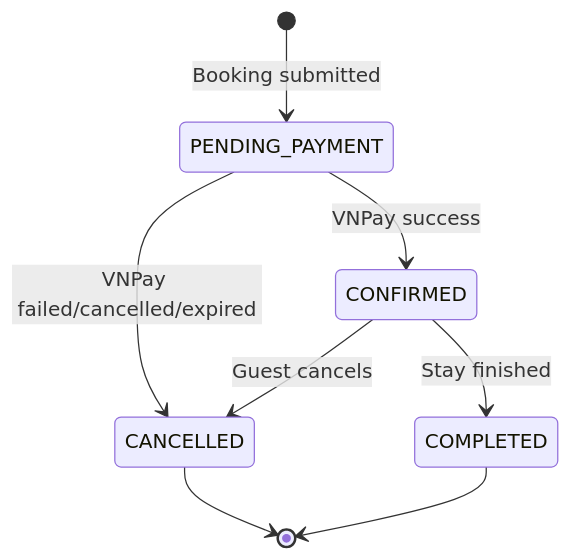
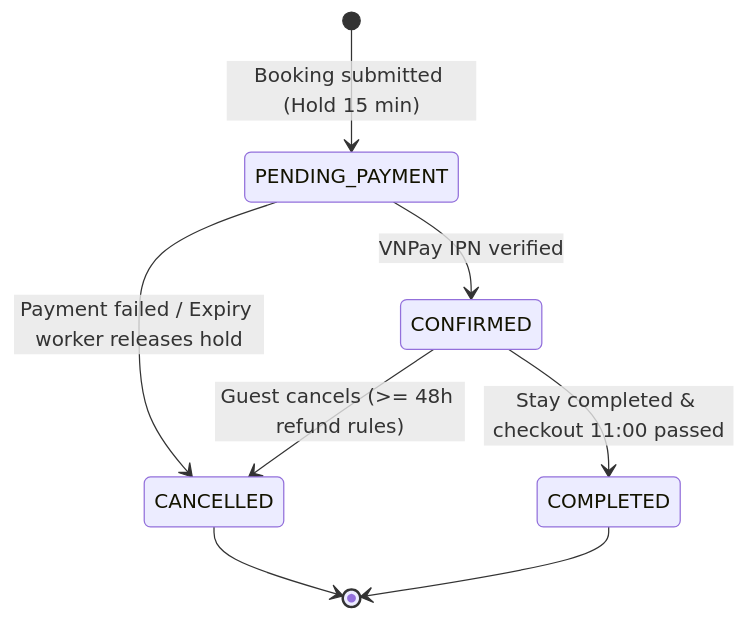
One commit to Apase-Organization/StayHub changed the diagram in docs/database/7_Booking.md. Above: the diagram before and after it, drawn with Mermaid. The commit also changed other lines of this file and 8 other files, not shown here.

````diff
--- a/docs/database/7_Booking.md
+++ b/docs/database/7_Booking.md
@@ -74,14 +126,13 @@
 ```mermaid
 stateDiagram-v2
+    [*] --> PENDING_PAYMENT : Booking submitted (Hold 15 min)
 
-    [*] --> PENDING_PAYMENT : Booking submitted
+    PENDING_PAYMENT --> CONFIRMED : VNPay IPN verified
+    PENDING_PAYMENT --> CANCELLED : Payment failed / Expiry worker releases hold
 
-    PENDING_PAYMENT --> CONFIRMED : VNPay success
-    PENDING_PAYMENT --> CANCELLED : VNPay failed/cancelled/expired
-
-    CONFIRMED --> CANCELLED : Guest cancels
-    CONFIRMED --> COMPLETED : Stay finished
+    CONFIRMED --> CANCELLED : Guest cancels (>= 48h refund rules)
+    CONFIRMED --> COMPLETED : Stay completed & checkout 11:00 passed
 
     CANCELLED --> [*]
     COMPLETED --> [*]
 ```
````
